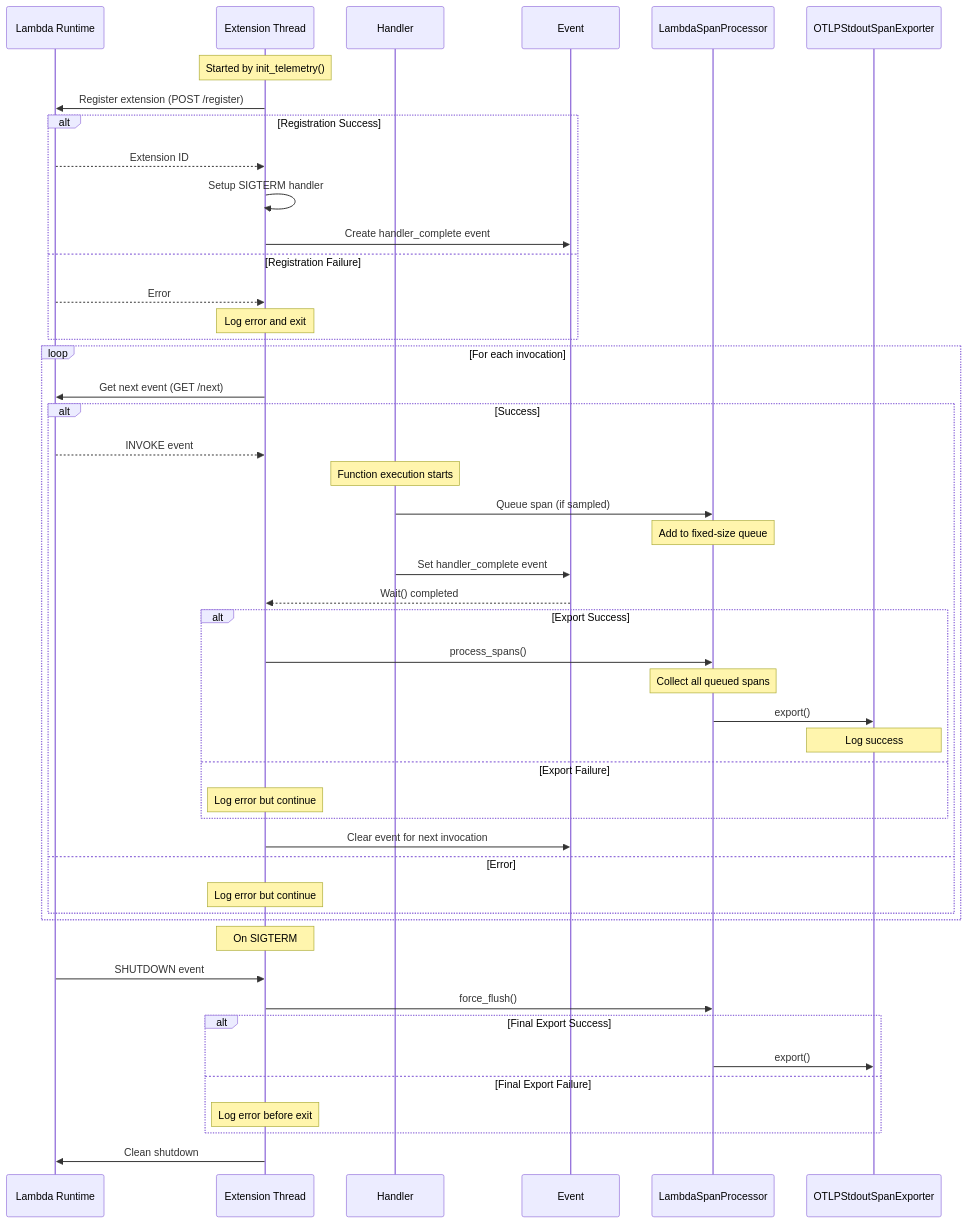
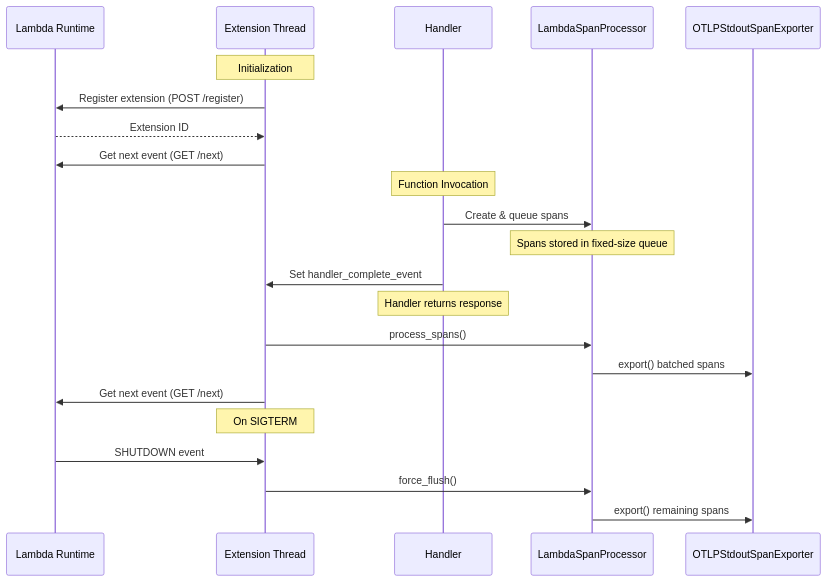
One commit to dev7a/serverless-otlp-forwarder changed the second of 2 diagrams in packages/python/lambda_otel_lite/README.md. Above: the diagram before and after it, drawn with Mermaid. The commit also changed other lines of this file and 2 other files, not shown here.

Commit message:
ci: add PR version handling for test package publishing and update dependencies

````diff
--- a/packages/python/lambda_otel_lite/README.md
+++ b/packages/python/lambda_otel_lite/README.md
@@ -134,53 +133,29 @@
 ```mermaid
 sequenceDiagram
     participant Lambda Runtime
     participant Extension Thread
     participant Handler
-    participant Event
     participant LambdaSpanProcessor
     participant OTLPStdoutSpanExporter
 
-    Note over Extension Thread: Started by init_telemetry()
+    Note over Extension Thread: Initialization
     Extension Thread->>Lambda Runtime: Register extension (POST /register)
-    alt Registration Success
-        Lambda Runtime-->>Extension Thread: Extension ID
-        Extension Thread->>Extension Thread: Setup SIGTERM handler
-        Extension Thread->>Event: Create handler_complete event
-    else Registration Failure
-        Lambda Runtime-->>Extension Thread: Error
-        Note over Extension Thread: Log error and exit
-    end
+    Lambda Runtime-->>Extension Thread: Extension ID
+    Extension Thread->>Lambda Runtime: Get next event (GET /next)
 
-    loop For each invocation
-        Extension Thread->>Lambda Runtime: Get next event (GET /next)
-        alt Success
-            Lambda Runtime-->>Extension Thread: INVOKE event
-            Note over Handler: Function execution starts
-            Handler->>LambdaSpanProcessor: Queue span (if sampled)
-            Note over LambdaSpanProcessor: Add to fixed-size queue
-            Handler->>Event: Set handler_complete event
-            Event-->>Extension Thread: Wait() completed
-            alt Export Success
-                Extension Thread->>LambdaSpanProcessor: process_spans()
-                Note over LambdaSpanProcessor: Collect all queued spans
-                LambdaSpanProcessor->>OTLPStdoutSpanExporter: export()
-                Note over OTLPStdoutSpanExporter: Log success
-            else Export Failure
-                Note over Extension Thread: Log error but continue
-            end
-            Extension Thread->>Event: Clear event for next invocation
-        else Error
-            Note over Extension Thread: Log error but continue
-        end
-    end
+    Note over Handler: Function Invocation
+    Handler->>LambdaSpanProcessor: Create & queue spans
+    Note over LambdaSpanProcessor: Spans stored in fixed-size queue
+
+    Handler->>Extension Thread: Set handler_complete_event
+    Note over Handler: Handler returns response
+
+    Extension Thread->>LambdaSpanProcessor: process_spans()
+    LambdaSpanProcessor->>OTLPStdoutSpanExporter: export() batched spans
+    Extension Thread->>Lambda Runtime: Get next event (GET /next)
 
     Note over Extension Thread: On SIGTERM
     Lambda Runtime->>Extension Thread: SHUTDOWN event
     Extension Thread->>LambdaSpanProcessor: force_flush()
-    alt Final Export Success
-        LambdaSpanProcessor->>OTLPStdoutSpanExporter: export()
-    else Final Export Failure
-        Note over Extension Thread: Log error before exit
-    end
-    Extension Thread->>Lambda Runtime: Clean shutdown
+    LambdaSpanProcessor->>OTLPStdoutSpanExporter: export() remaining spans
 ```
````
